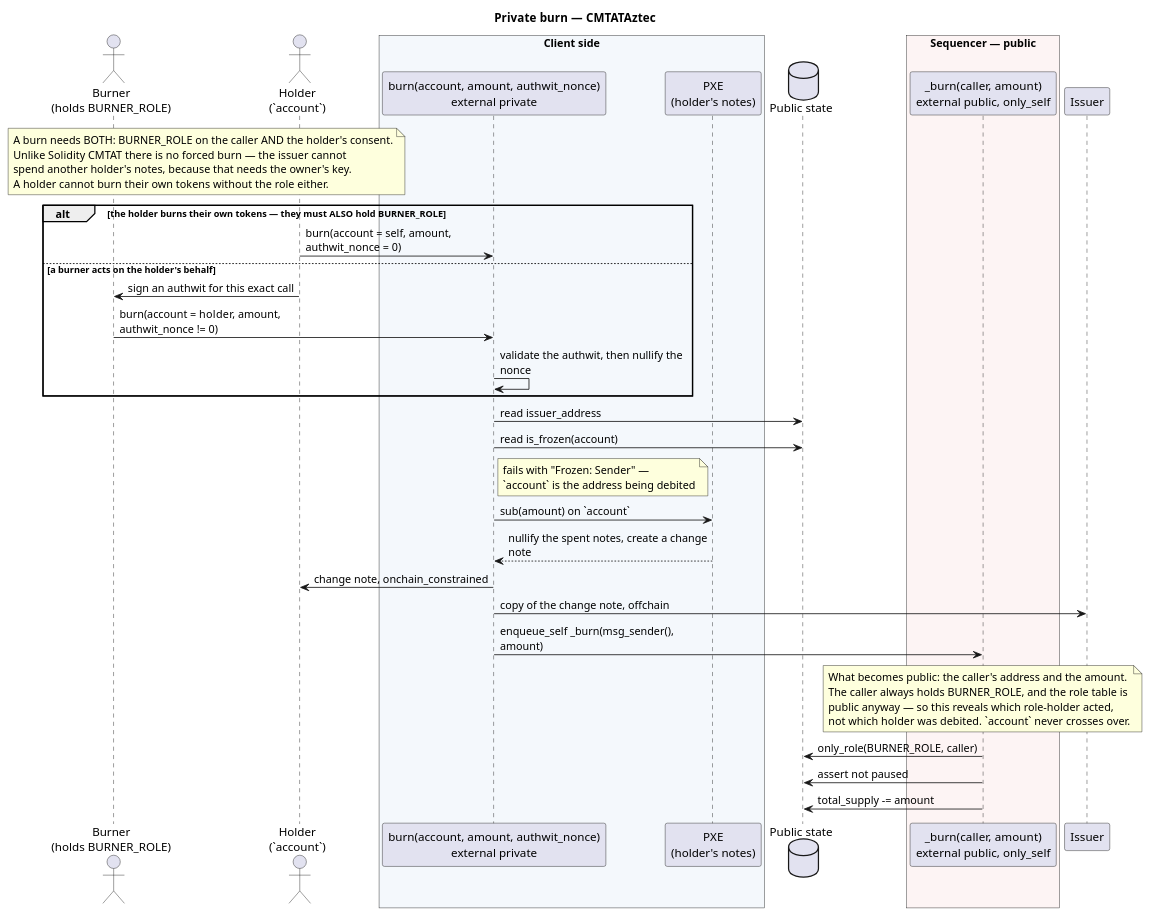
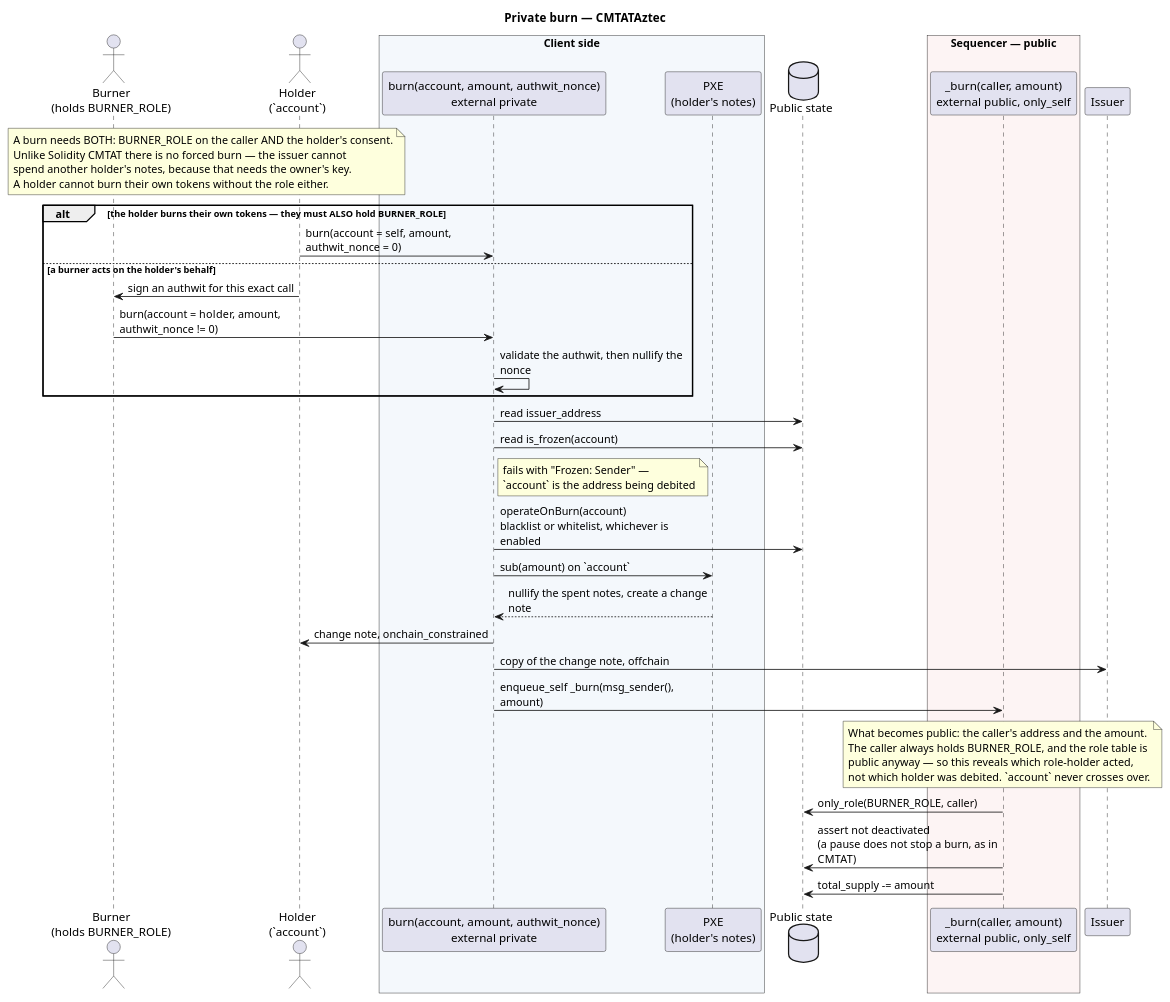
The diagram in doc/img/burn-flow.puml (CMTA/private-CMTAT-aztec), drawn with PlantUML before and after one commit. The commit also changed 17 other files, not shown here.

Commit message:
feat: screen the target of mint and burn and let both continue through a pause, as CMTAT Solidity does

```diff
--- a/doc/img/burn-flow.puml
+++ b/doc/img/burn-flow.puml
@@ -1,54 +1,55 @@
 @startuml
 title Private burn — CMTATAztec
 
 skinparam sequenceMessageAlign left
 skinparam maxMessageSize 250
 
 actor "Burner\n(holds BURNER_ROLE)" as Burner
 actor "Holder\n(`account`)" as Holder
 box "Client side" #F4F8FC
 participant "burn(account, amount, authwit_nonce)\nexternal private" as Priv
 participant "PXE\n(holder's notes)" as PXE
 end box
 database "Public state" as PS
 box "Sequencer — public" #FDF4F4
 participant "_burn(caller, amount)\nexternal public, only_self" as Pub
 end box
 participant "Issuer" as Issuer
 
 note over Burner, Holder
   A burn needs BOTH: BURNER_ROLE on the caller AND the holder's consent.
   Unlike Solidity CMTAT there is no forced burn — the issuer cannot
   spend another holder's notes, because that needs the owner's key.
   A holder cannot burn their own tokens without the role either.
 end note
 
 alt the holder burns their own tokens — they must ALSO hold BURNER_ROLE
   Holder -> Priv : burn(account = self, amount, authwit_nonce = 0)
 else a burner acts on the holder's behalf
   Holder -> Burner : sign an authwit for this exact call
   Burner -> Priv : burn(account = holder, amount, authwit_nonce != 0)
   Priv -> Priv : validate the authwit, then nullify the nonce
 end
 
 Priv -> PS : read issuer_address
 Priv -> PS : read is_frozen(account)
 note right of Priv : fails with "Frozen: Sender" —\n`account` is the address being debited
+Priv -> PS : operateOnBurn(account)\nblacklist or whitelist, whichever is enabled
 
 Priv -> PXE : sub(amount) on `account`
 PXE --> Priv : nullify the spent notes, create a change note
 Priv -> Holder : change note, onchain_constrained
 Priv -> Issuer : copy of the change note, offchain
 
 Priv -> Pub : enqueue_self _burn(msg_sender(), amount)
 note over Pub
   What becomes public: the caller's address and the amount.
   The caller always holds BURNER_ROLE, and the role table is
   public anyway — so this reveals which role-holder acted,
   not which holder was debited. `account` never crosses over.
 end note
 Pub -> PS : only_role(BURNER_ROLE, caller)
-Pub -> PS : assert not paused
+Pub -> PS : assert not deactivated\n(a pause does not stop a burn, as in CMTAT)
 Pub -> PS : total_supply -= amount
 
 @enduml
```
